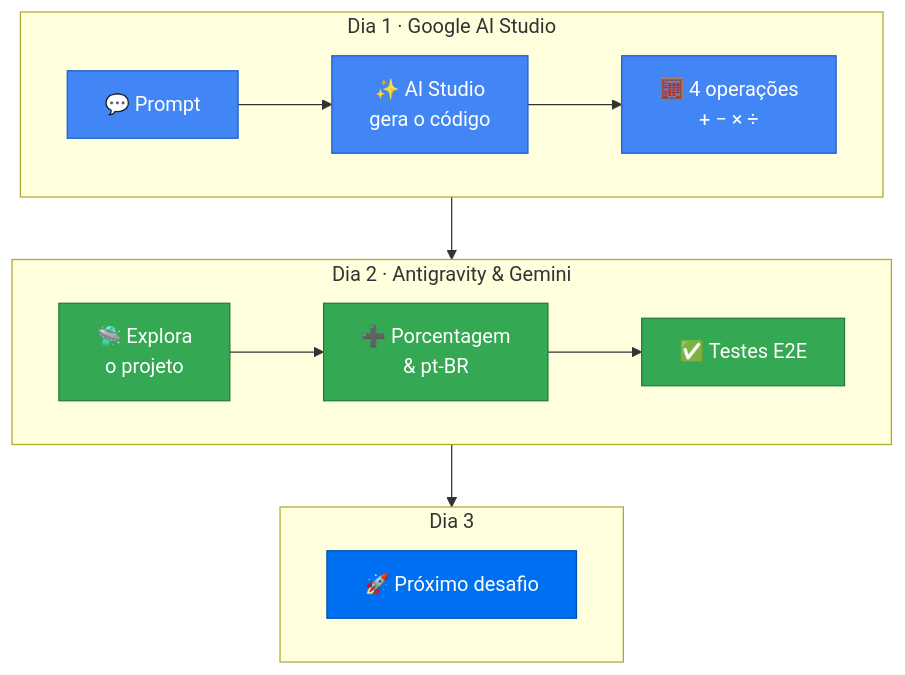
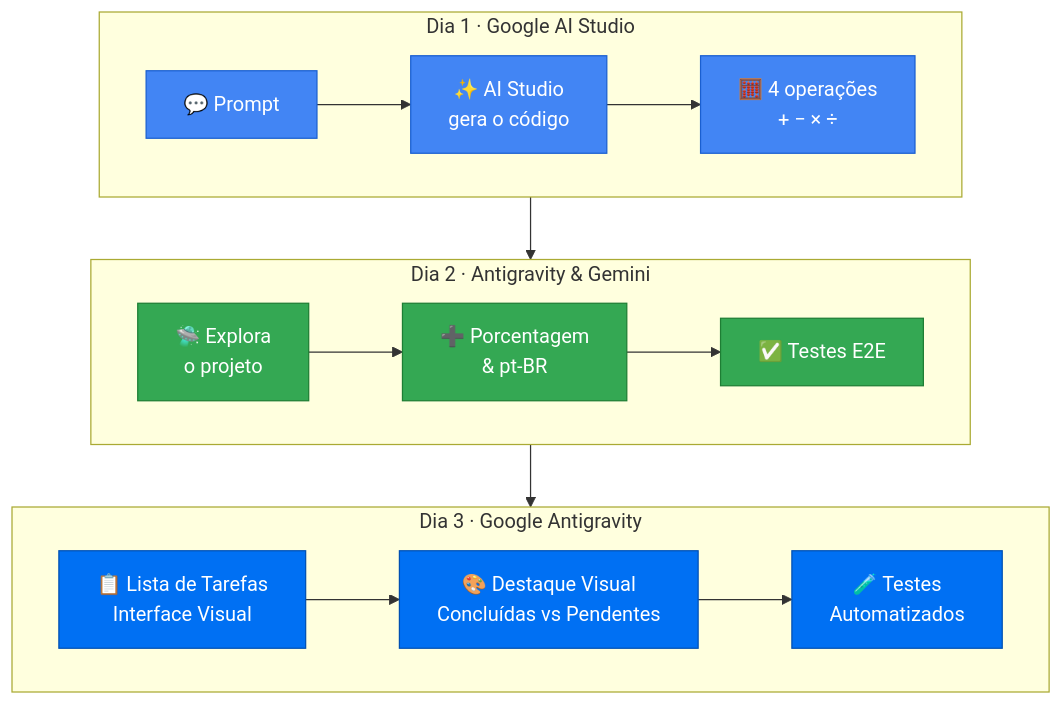
The diagram in README.md (R1c4rd0F4gund3s/imersao_alura), drawn with Mermaid before and after one commit. The commit also changed other lines of this file and 5 other files, not shown here.

First line of the commit message:
Implementa Lista de Tarefas visual, testes e documenta Desafio 3

````diff
--- a/README.md
+++ b/README.md
@@ -30,22 +32,23 @@
 ```mermaid
 flowchart TB
     subgraph D1["Dia 1 · Google AI Studio"]
         direction LR
         A["💬 Prompt"] --> B["✨ AI Studio<br/>gera o código"] --> C["🧮 4 operações<br/>+ − × ÷"]
     end
     subgraph D2["Dia 2 · Antigravity & Gemini"]
         direction LR
         D["🛸 Explora<br/>o projeto"] --> E["➕ Porcentagem<br/>& pt-BR"] --> F["✅ Testes E2E"]
     end
-    subgraph D3["Dia 3"]
-        G["🚀 Próximo desafio"]
+    subgraph D3["Dia 3 · Google Antigravity"]
+        direction LR
+        G["📋 Lista de Tarefas<br/>Interface Visual"] --> H["🎨 Destaque Visual<br/>Concluídas vs Pendentes"] --> I["🧪 Testes<br/>Automatizados"]
     end
     D1 --> D2 --> D3
 
     classDef studio fill:#4285F4,stroke:#1a5fd0,color:#fff
     classDef anti fill:#34A853,stroke:#1e7e34,color:#fff
     classDef next fill:#0070f3,stroke:#0050b3,color:#fff
     class A,B,C studio
     class D,E,F anti
-    class G next
+    class G,H,I next
 ```
````
